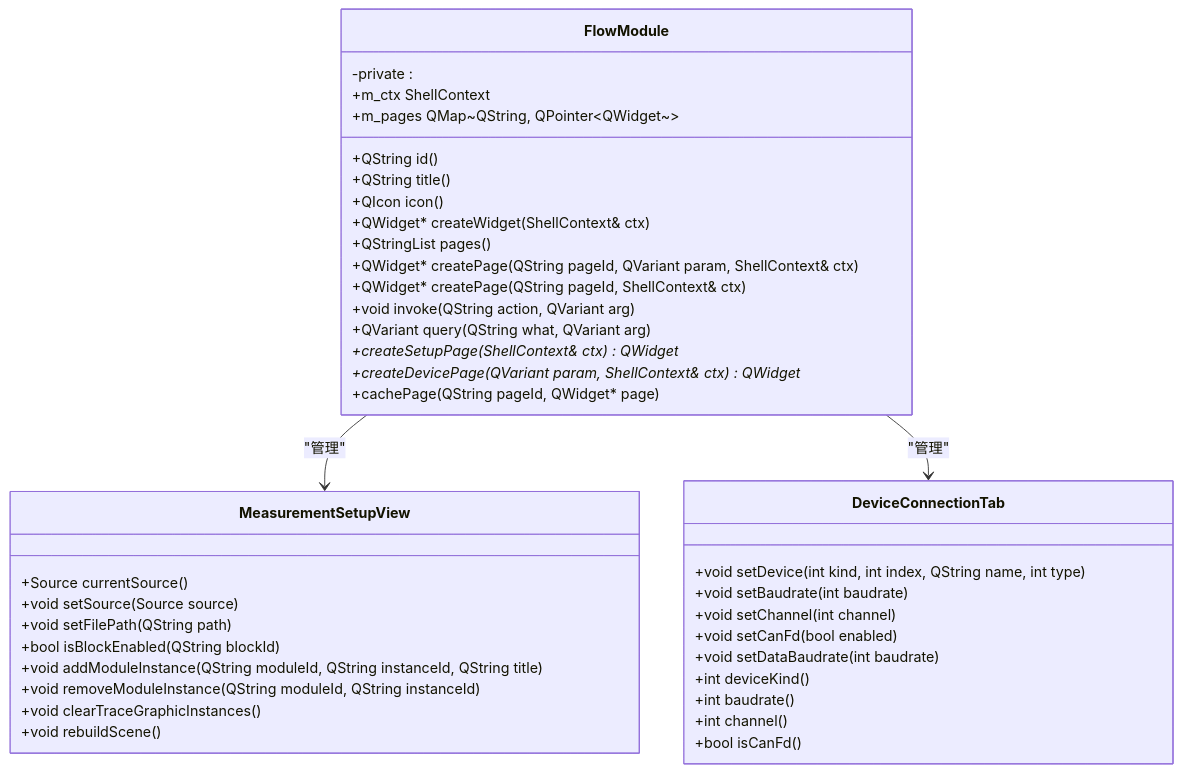
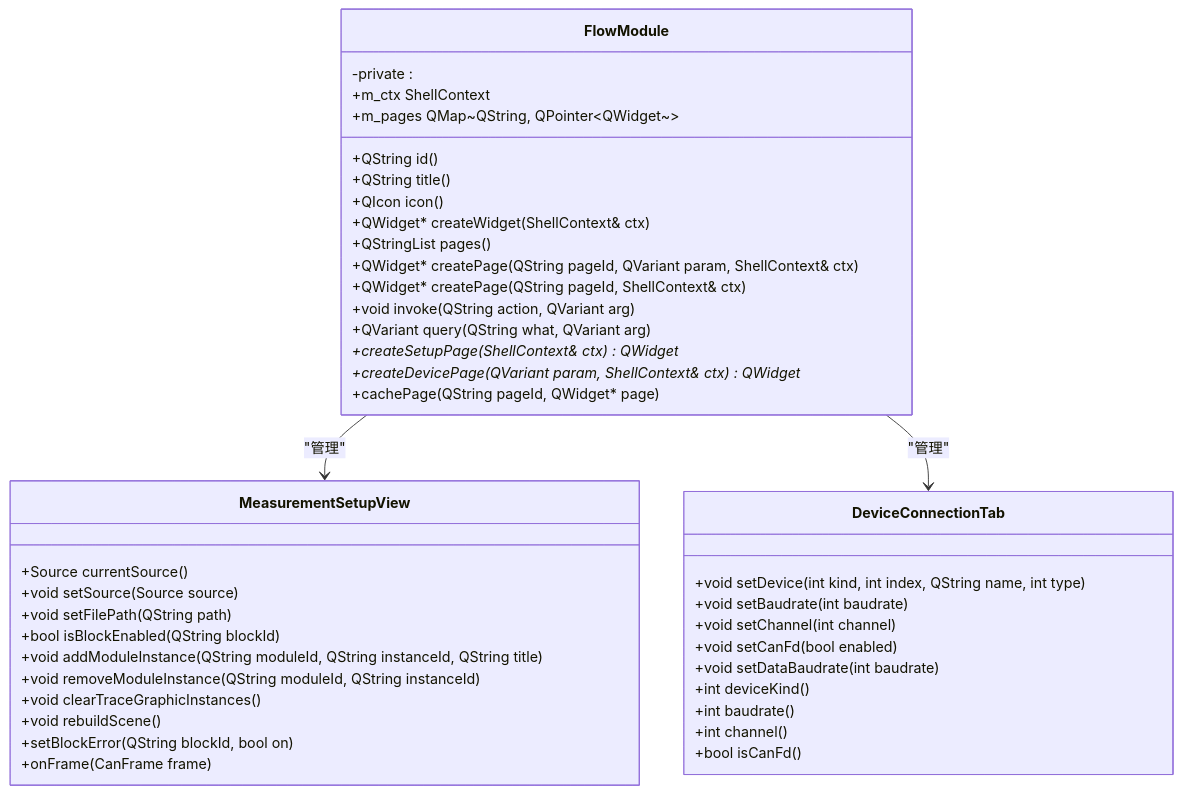
Before and after one commit to jakecai1225-design/OpenBus: the ninth of 49 diagrams in .qoder/repowiki/zh/content/架构设计/UI系统设计/UI系统设计.md, drawn with Mermaid. The commit also changed other lines of this file and 10 other files, not shown here.

````diff
--- a/.qoder/repowiki/zh/content/架构设计/UI系统设计/UI系统设计.md
+++ b/.qoder/repowiki/zh/content/架构设计/UI系统设计/UI系统设计.md
@@ -799,43 +816,45 @@
 ```mermaid
 classDiagram
 class FlowModule {
 +QString id()
 +QString title()
 +QIcon icon()
 +QWidget* createWidget(ShellContext& ctx)
 +QStringList pages()
 +QWidget* createPage(QString pageId, QVariant param, ShellContext& ctx)
 +QWidget* createPage(QString pageId, ShellContext& ctx)
 +void invoke(QString action, QVariant arg)
 +QVariant query(QString what, QVariant arg)
 -private :
 +createSetupPage(ShellContext& ctx) QWidget*
 +createDevicePage(QVariant param, ShellContext& ctx) QWidget*
 +cachePage(QString pageId, QWidget* page)
 +m_ctx ShellContext
 +m_pages QMap~QString, QPointer~QWidget~~
 }
 class MeasurementSetupView {
 +Source currentSource()
 +void setSource(Source source)
 +void setFilePath(QString path)
 +bool isBlockEnabled(QString blockId)
 +void addModuleInstance(QString moduleId, QString instanceId, QString title)
 +void removeModuleInstance(QString moduleId, QString instanceId)
 +void clearTraceGraphicInstances()
 +void rebuildScene()
++setBlockError(QString blockId, bool on)
++onFrame(CanFrame frame)
 }
 class DeviceConnectionTab {
 +void setDevice(int kind, int index, QString name, int type)
 +void setBaudrate(int baudrate)
 +void setChannel(int channel)
 +void setCanFd(bool enabled)
 +void setDataBaudrate(int baudrate)
 +int deviceKind()
 +int baudrate()
 +int channel()
 +bool isCanFd()
 }
 FlowModule --> MeasurementSetupView : "管理"
 FlowModule --> DeviceConnectionTab : "管理"
 ```
````
